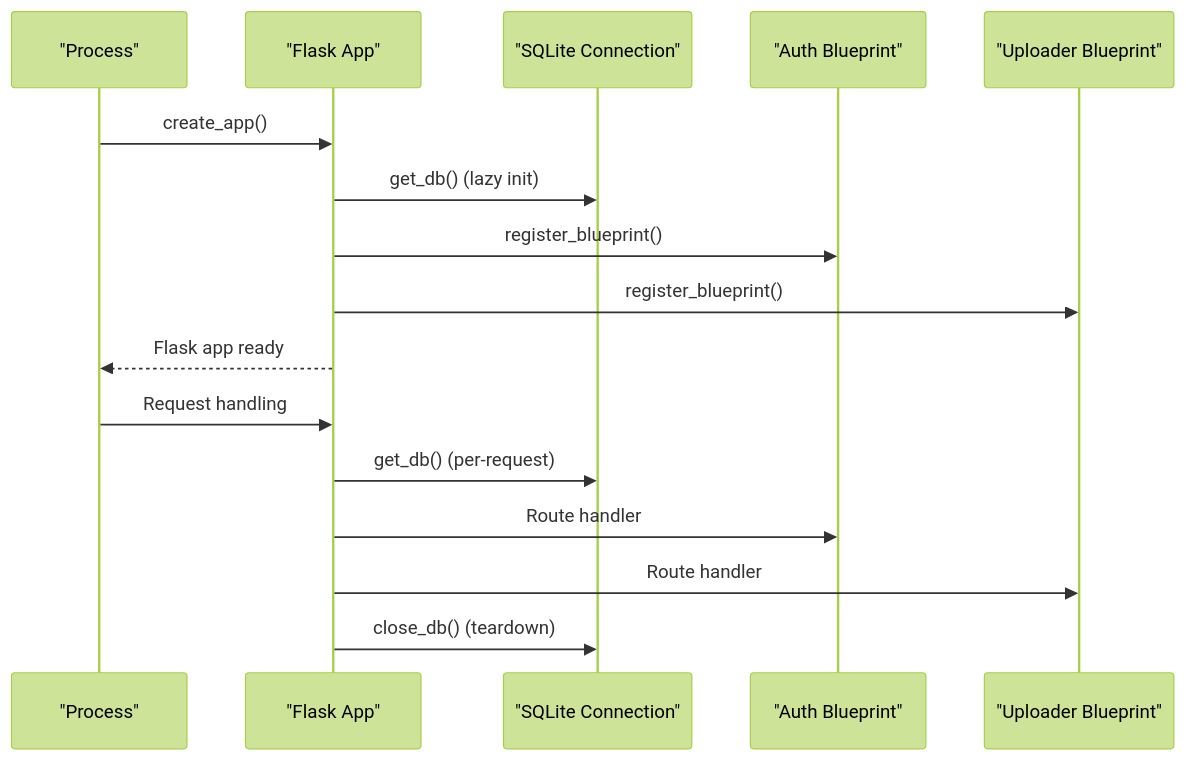
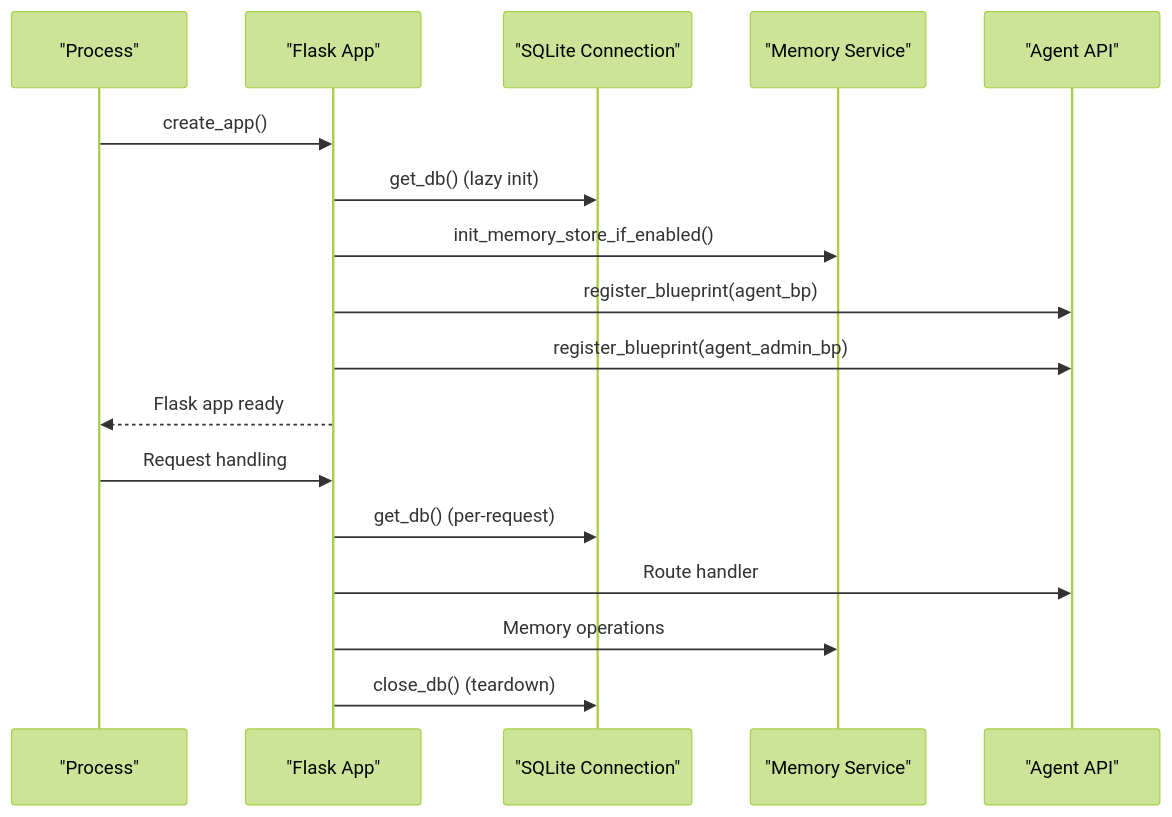
The third of 10 diagrams in .qoder/repowiki/en/content/Backend Application/Application Architecture/Application Architecture.md (PolarisW007/PolaZhenJing), drawn with Mermaid (forest theme) before and after one commit. The commit also changed other lines of this file and 333 other files, not shown here.

````diff
--- a/.qoder/repowiki/en/content/Backend Application/Application Architecture/Application Architecture.md
+++ b/.qoder/repowiki/en/content/Backend Application/Application Architecture/Application Architecture.md
@@ -171,18 +162,19 @@
 ```mermaid
 sequenceDiagram
 participant Proc as "Process"
 participant App as "Flask App"
 participant DB as "SQLite Connection"
-participant Auth as "Auth Blueprint"
-participant Up as "Uploader Blueprint"
+participant Mem as "Memory Service"
+participant Agent as "Agent API"
 Proc->>App : create_app()
 App->>DB : get_db() (lazy init)
-App->>Auth : register_blueprint()
-App->>Up : register_blueprint()
+App->>Mem : init_memory_store_if_enabled()
+App->>Agent : register_blueprint(agent_bp)
+App->>Agent : register_blueprint(agent_admin_bp)
 App-->>Proc : Flask app ready
 Proc->>App : Request handling
 App->>DB : get_db() (per-request)
-App->>Auth : Route handler
-App->>Up : Route handler
+App->>Agent : Route handler
+App->>Mem : Memory operations
 App->>DB : close_db() (teardown)
 ```
````
